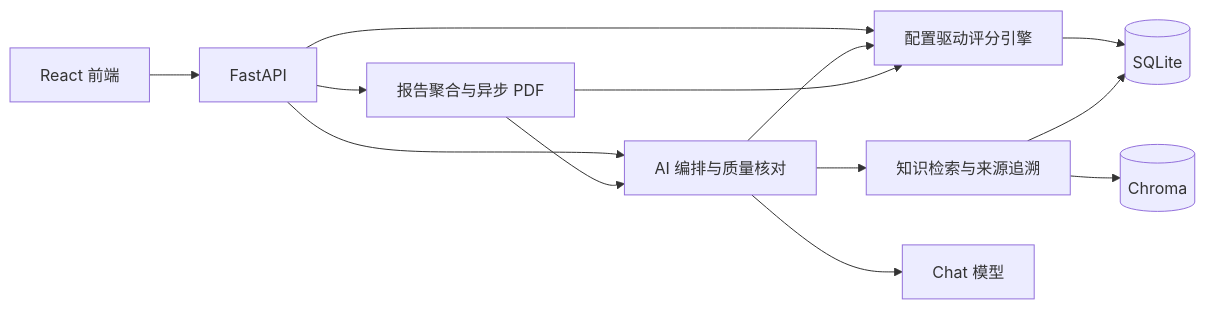
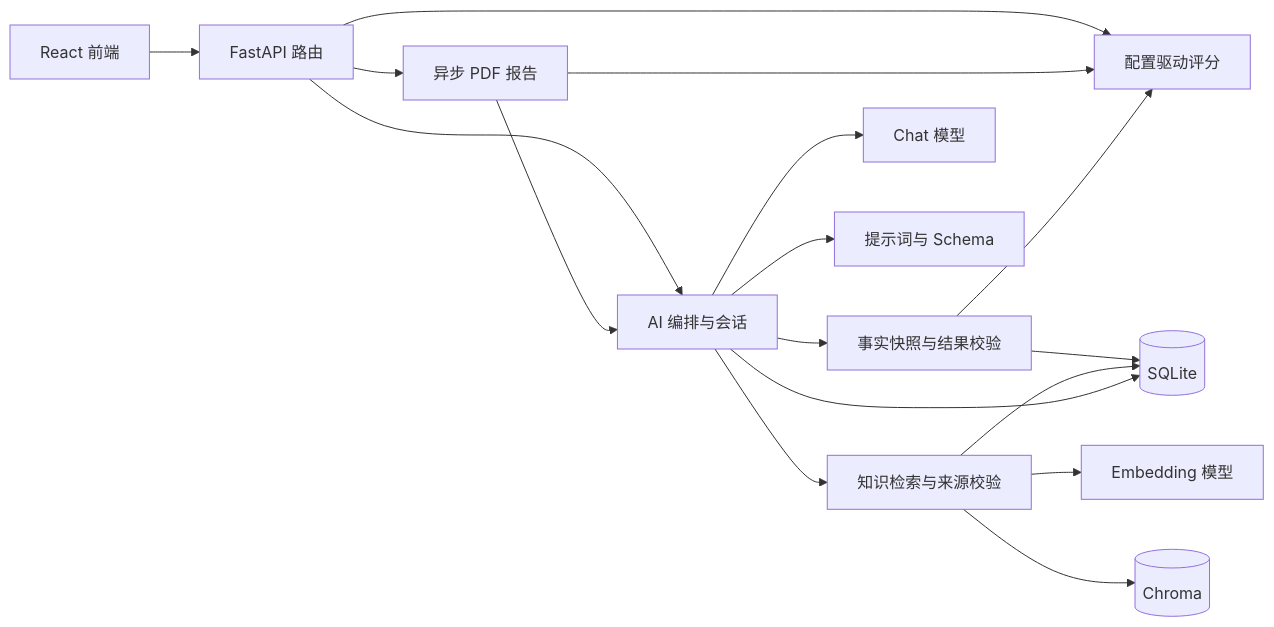
One commit to Twwain/customer-health-assessment changed the diagram in README.md. Above: the diagram before and after it, drawn with Mermaid. The commit also changed other lines of this file and 157 other files, not shown here.

````diff
--- a/README.md
+++ b/README.md
@@ -23,15 +23,19 @@
 ```mermaid
 flowchart LR
-    UI[React 前端] --> API[FastAPI]
-    API --> Scoring[配置驱动评分引擎]
-    API --> Agent[AI 编排与质量核对]
-    Agent --> Scoring
-    Agent --> RAG[知识检索与来源追溯]
-    Agent --> Model[Chat 模型]
-    Scoring --> DB[(SQLite)]
+    UI[React 前端] --> API[FastAPI 路由]
+    API --> AI[AI 编排与会话]
+    API --> Score[配置驱动评分]
+    API --> PDF[异步 PDF 报告]
+    PDF --> AI
+    PDF --> Score
+    AI --> Facts[事实快照与结果校验]
+    Facts --> Score
+    AI --> RAG[知识检索与来源校验]
+    AI --> LLM[Chat 模型]
+    AI --> Assets[提示词与 Schema]
+    RAG --> Embed[Embedding 模型]
+    RAG --> Chroma[(Chroma)]
+    Facts --> DB[(SQLite)]
     RAG --> DB
-    RAG --> Vector[(Chroma)]
-    API --> Report[报告聚合与异步 PDF]
-    Report --> Agent
-    Report --> Scoring
+    AI --> DB
 ```
````
